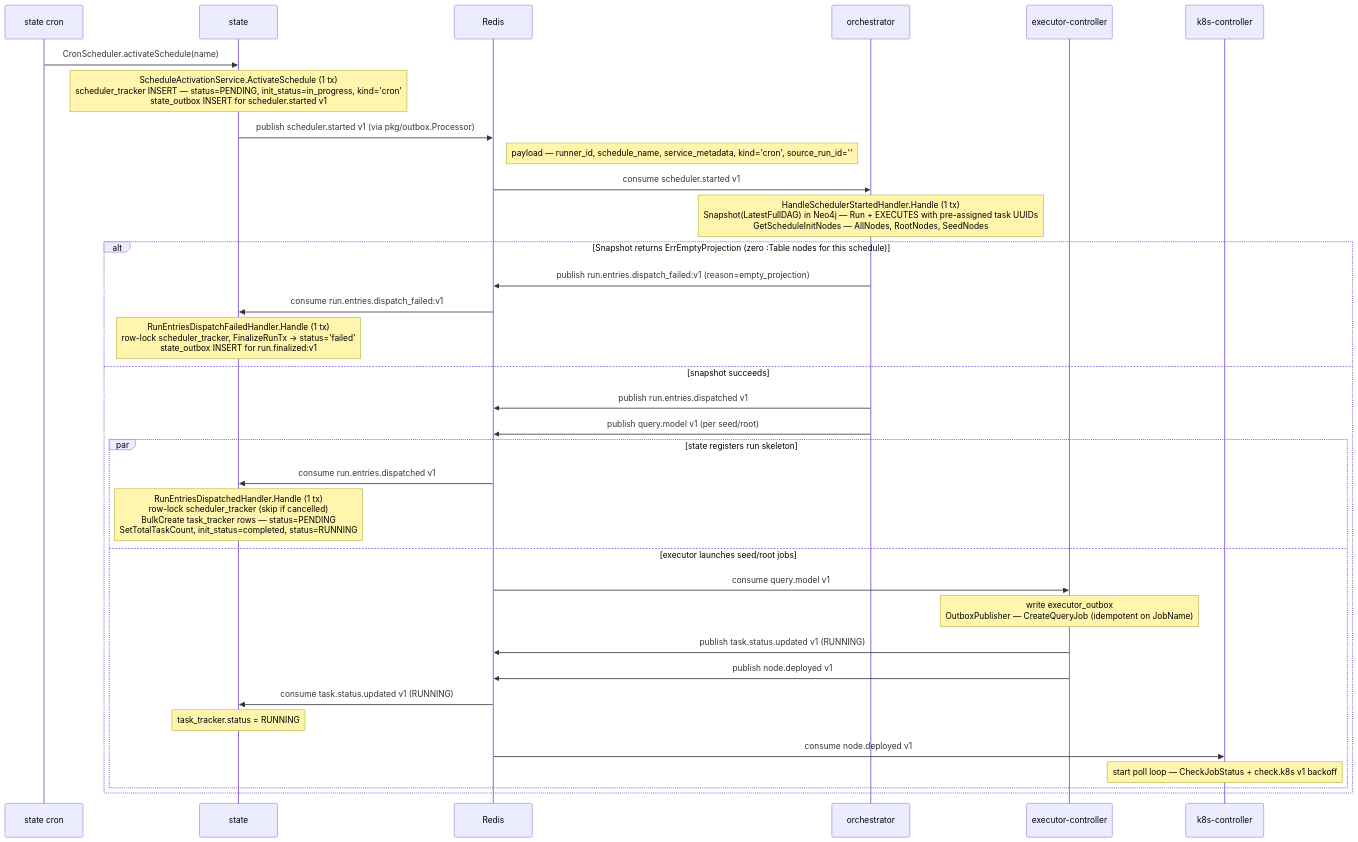
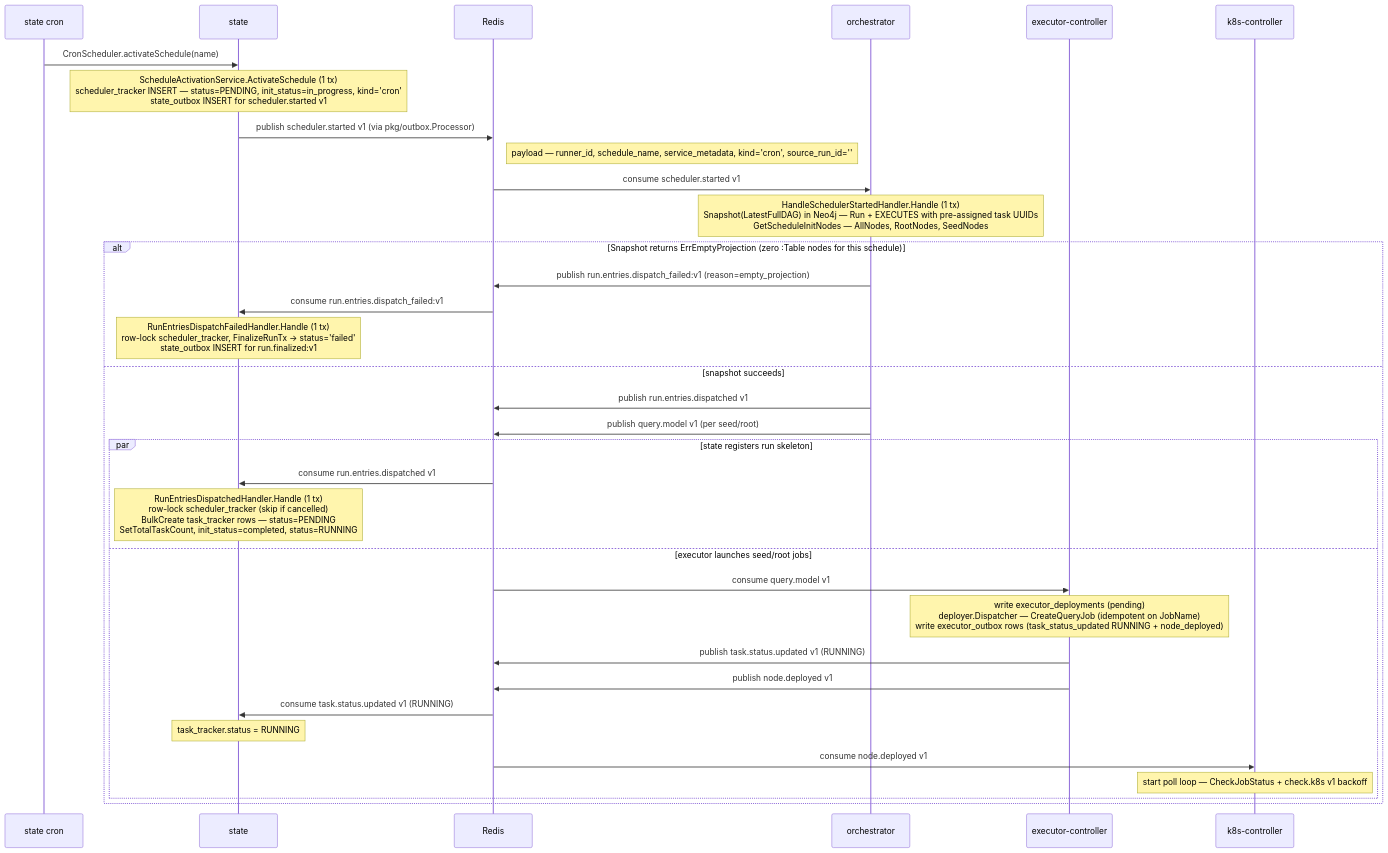
Before and after one commit to carolsimone/continuo: the first of 10 diagrams in docs/arch/03-sequence-flows.md, drawn with Mermaid. The commit also changed other lines of this file and 6 other files, not shown here.

First line of the commit message:
refactor(executor): remove dead DeployTask, reconcile arch docs for deploy dispatcher

````diff
--- a/docs/arch/03-sequence-flows.md
+++ b/docs/arch/03-sequence-flows.md
@@ -5,39 +5,39 @@
 ```mermaid
 sequenceDiagram
   participant Cron as state cron
   participant ST as state
   participant R as Redis
   participant OR as orchestrator
   participant EC as executor-controller
   participant KC as k8s-controller
 
   Cron->>ST: CronScheduler.activateSchedule(name)
   Note over ST: ScheduleActivationService.ActivateSchedule (1 tx)<br/>scheduler_tracker INSERT — status=PENDING, init_status=in_progress, kind='cron'<br/>state_outbox INSERT for scheduler.started v1
   ST->>R: publish scheduler.started v1 (via pkg/outbox.Processor)
   Note right of R: payload — runner_id, schedule_name, service_metadata, kind='cron', source_run_id=''
 
   R->>OR: consume scheduler.started v1
   Note over OR: HandleSchedulerStartedHandler.Handle (1 tx)<br/>Snapshot(LatestFullDAG) in Neo4j — Run + EXECUTES with pre-assigned task UUIDs<br/>GetScheduleInitNodes — AllNodes, RootNodes, SeedNodes
   alt Snapshot returns ErrEmptyProjection (zero :Table nodes for this schedule)
     OR->>R: publish run.entries.dispatch_failed:v1 (reason=empty_projection)
     R->>ST: consume run.entries.dispatch_failed:v1
     Note over ST: RunEntriesDispatchFailedHandler.Handle (1 tx)<br/>row-lock scheduler_tracker, FinalizeRunTx → status='failed'<br/>state_outbox INSERT for run.finalized:v1
   else snapshot succeeds
     OR->>R: publish run.entries.dispatched v1
     OR->>R: publish query.model v1 (per seed/root)
 
     par state registers run skeleton
       R->>ST: consume run.entries.dispatched v1
       Note over ST: RunEntriesDispatchedHandler.Handle (1 tx)<br/>row-lock scheduler_tracker (skip if cancelled)<br/>BulkCreate task_tracker rows — status=PENDING<br/>SetTotalTaskCount, init_status=completed, status=RUNNING
     and executor launches seed/root jobs
       R->>EC: consume query.model v1
-      Note over EC: write executor_outbox<br/>OutboxPublisher — CreateQueryJob (idempotent on JobName)
+      Note over EC: write executor_deployments (pending)<br/>deployer.Dispatcher — CreateQueryJob (idempotent on JobName)<br/>write executor_outbox rows (task_status_updated RUNNING + node_deployed)
       EC->>R: publish task.status.updated v1 (RUNNING)
       EC->>R: publish node.deployed v1
       R->>ST: consume task.status.updated v1 (RUNNING)
       Note over ST: task_tracker.status = RUNNING
       R->>KC: consume node.deployed v1
       Note over KC: start poll loop — CheckJobStatus + check.k8s v1 backoff
     end
   end
 ```
````
